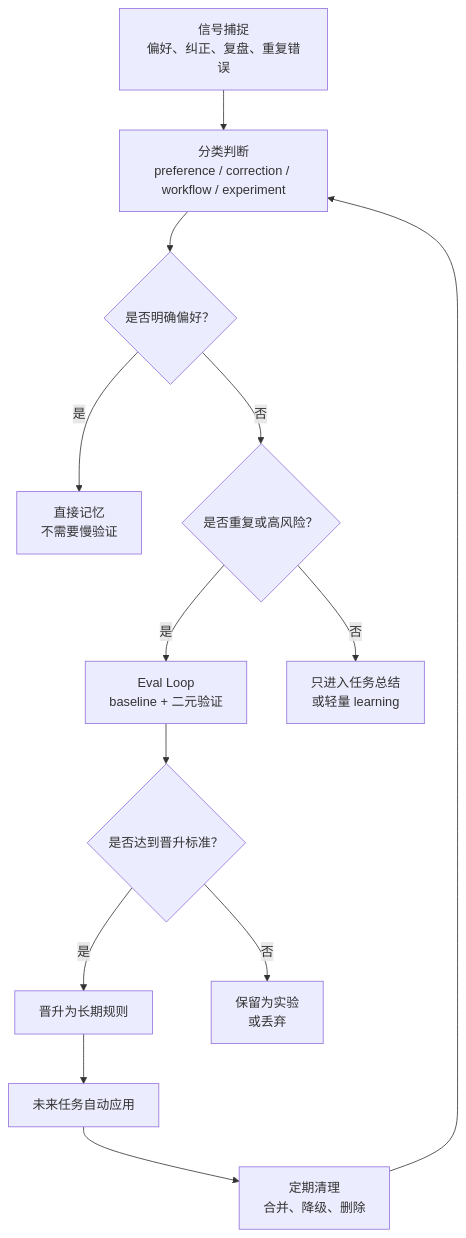
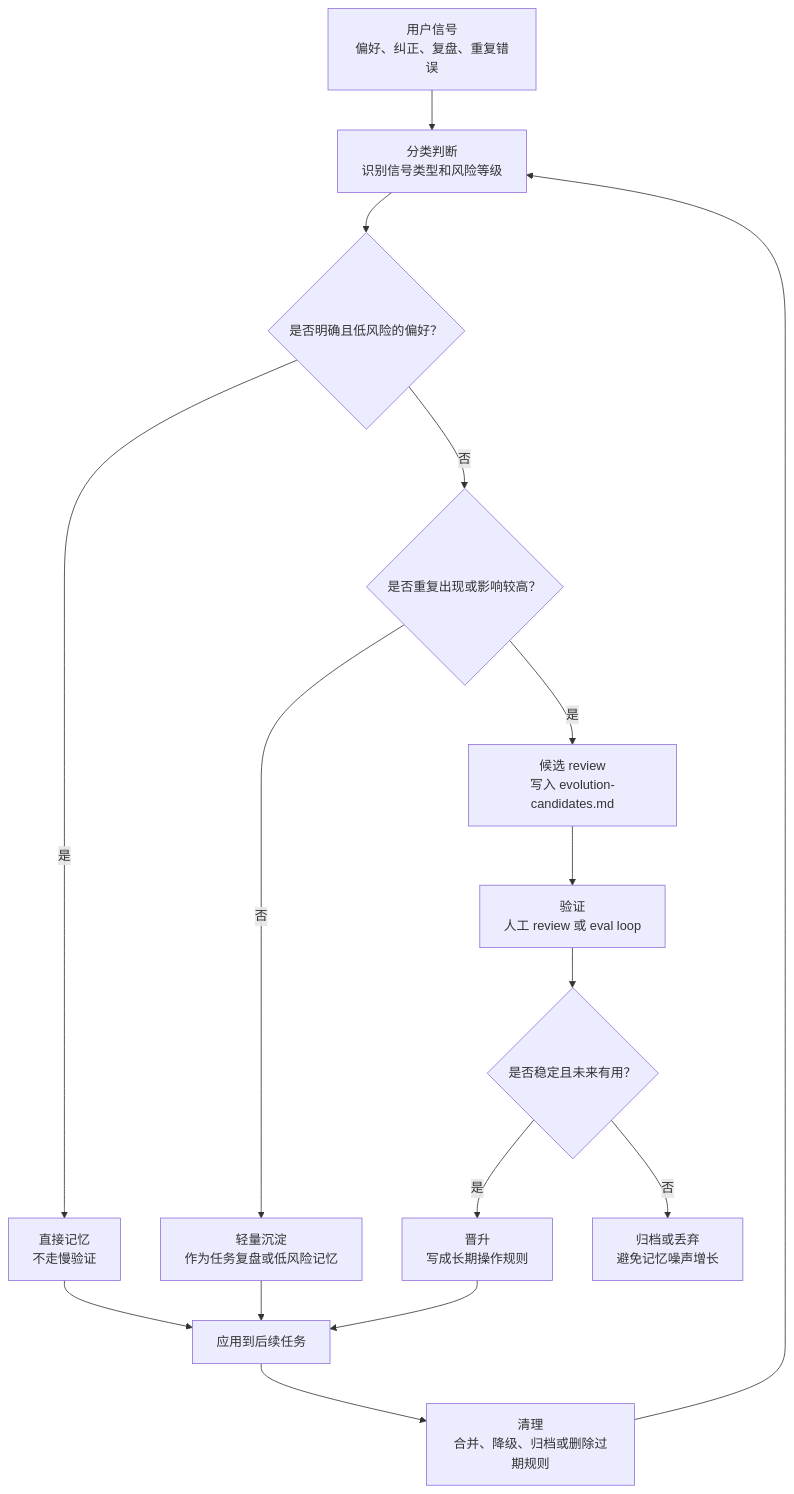
One commit to chemny/self-improving-skills changed the diagram in README.zh.md. Above: the diagram before and after it, drawn with Mermaid. The commit also changed other lines of this file and 14 other files, not shown here.

````diff
--- a/README.zh.md
+++ b/README.zh.md
@@ -133,15 +89,18 @@
 ```mermaid
 flowchart TD
-    A["信号捕捉<br/>偏好、纠正、复盘、重复错误"] --> B["分类判断<br/>preference / correction / workflow / experiment"]
-    B --> C{"是否明确偏好？"}
-    C -->|是| D["直接记忆<br/>不需要慢验证"]
-    C -->|否| E{"是否重复或高风险？"}
-    E -->|是| F["Eval Loop<br/>baseline + 二元验证"]
-    E -->|否| G["只进入任务总结<br/>或轻量 learning"]
-    F --> H{"是否达到晋升标准？"}
-    H -->|是| I["晋升为长期规则"]
-    H -->|否| J["保留为实验<br/>或丢弃"]
-    I --> K["未来任务自动应用"]
-    K --> L["定期清理<br/>合并、降级、删除"]
-    L --> B
+  A["用户信号<br/>偏好、纠正、复盘、重复错误"] --> B["分类判断<br/>识别信号类型和风险等级"]
+  B --> C{"是否明确且低风险的偏好？"}
+  C -->|是| D["直接记忆<br/>不走慢验证"]
+  C -->|否| E{"是否重复出现或影响较高？"}
+  E -->|是| F["候选 review<br/>写入 evolution-candidates.md"]
+  E -->|否| G["轻量沉淀<br/>作为任务复盘或低风险记忆"]
+  F --> H["验证<br/>人工 review 或 eval loop"]
+  H --> I{"是否稳定且未来有用？"}
+  I -->|是| J["晋升<br/>写成长期操作规则"]
+  I -->|否| K["归档或丢弃<br/>避免记忆噪声增长"]
+  D --> L["应用到后续任务"]
+  G --> L
+  J --> L
+  L --> M["清理<br/>合并、降级、归档或删除过期规则"]
+  M --> B
 ```
````
